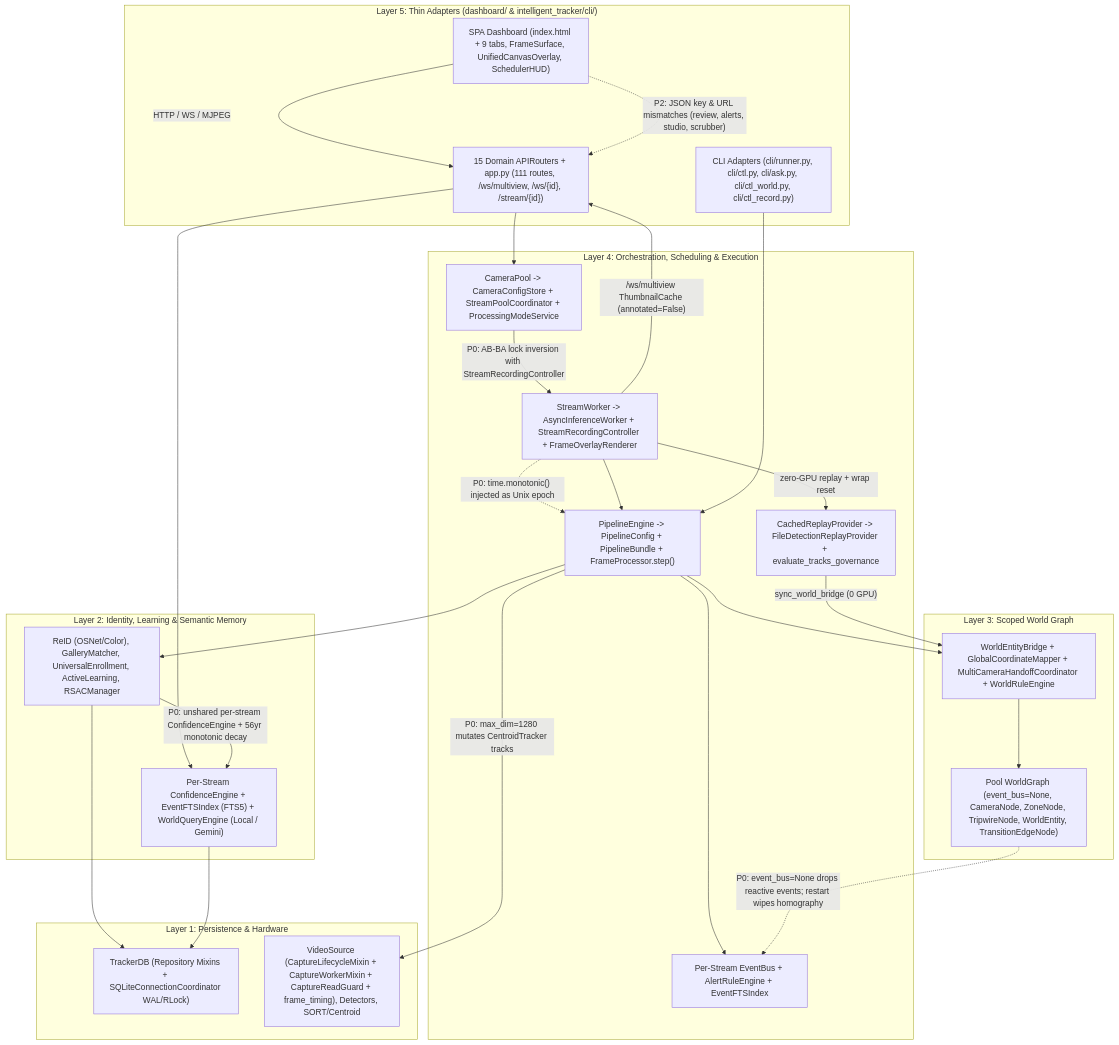
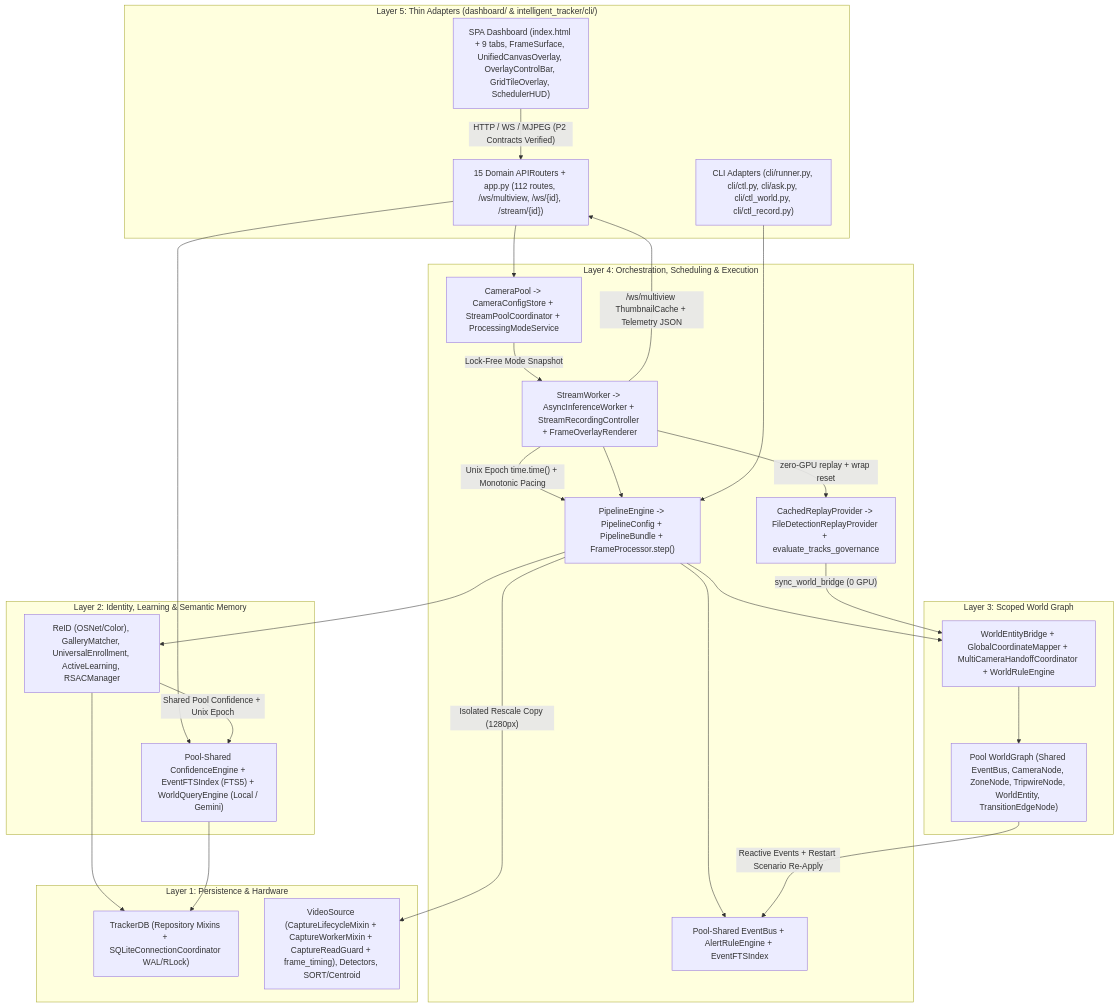
The diagram in docs/architecture/CURRENT_ARCHITECTURE.md (davtoh/intelligent-tracker), drawn with Mermaid before and after one commit. The commit also changed other lines of this file and 13 other files, not shown here.

Commit message:
feat(step-4-p2-frontend-contracts-and-multiview-ai): 9-tab headless cdp verification docs refresh final master roadmap sign-off

````diff
--- a/docs/architecture/CURRENT_ARCHITECTURE.md
+++ b/docs/architecture/CURRENT_ARCHITECTURE.md
@@ -41,52 +41,51 @@
 ```mermaid
 flowchart TD
     subgraph L5["Layer 5: Thin Adapters (dashboard/ & intelligent_tracker/cli/)"]
-        SPA["SPA Dashboard (index.html + 9 tabs, FrameSurface, UnifiedCanvasOverlay, SchedulerHUD)"]
-        Routers["15 Domain APIRouters + app.py (111 routes, /ws/multiview, /ws/{id}, /stream/{id})"]
+        SPA["SPA Dashboard (index.html + 9 tabs, FrameSurface, UnifiedCanvasOverlay, OverlayControlBar, GridTileOverlay, SchedulerHUD)"]
+        Routers["15 Domain APIRouters + app.py (112 routes, /ws/multiview, /ws/{id}, /stream/{id})"]
         CLI["CLI Adapters (cli/runner.py, cli/ctl.py, cli/ask.py, cli/ctl_world.py, cli/ctl_record.py)"]
     end
 
     subgraph L4["Layer 4: Orchestration, Scheduling & Execution"]
         Pool["CameraPool -> CameraConfigStore + StreamPoolCoordinator + ProcessingModeService"]
         SW["StreamWorker -> AsyncInferenceWorker + StreamRecordingController + FrameOverlayRenderer"]
         Replay["CachedReplayProvider -> FileDetectionReplayProvider + evaluate_tracks_governance"]
         PE["PipelineEngine -> PipelineConfig + PipelineBundle + FrameProcessor.step()"]
-        Bus["Per-Stream EventBus + AlertRuleEngine + EventFTSIndex"]
+        Bus["Pool-Shared EventBus + AlertRuleEngine + EventFTSIndex"]
     end
 
     subgraph L3["Layer 3: Scoped World Graph"]
-        WG["Pool WorldGraph (event_bus=None, CameraNode, ZoneNode, TripwireNode, WorldEntity, TransitionEdgeNode)"]
+        WG["Pool WorldGraph (Shared EventBus, CameraNode, ZoneNode, TripwireNode, WorldEntity, TransitionEdgeNode)"]
         Bridge["WorldEntityBridge + GlobalCoordinateMapper + MultiCameraHandoffCoordinator + WorldRuleEngine"]
     end
 
     subgraph L2["Layer 2: Identity, Learning & Semantic Memory"]
         ID["ReID (OSNet/Color), GalleryMatcher, UniversalEnrollment, ActiveLearning, RSACManager"]
-        Mem["Per-Stream ConfidenceEngine + EventFTSIndex (FTS5) + WorldQueryEngine (Local / Gemini)"]
+        Mem["Pool-Shared ConfidenceEngine + EventFTSIndex (FTS5) + WorldQueryEngine (Local / Gemini)"]
     end
 
     subgraph L1["Layer 1: Persistence & Hardware"]
         DB["TrackerDB (Repository Mixins + SQLiteConnectionCoordinator WAL/RLock)"]
         CV["VideoSource (CaptureLifecycleMixin + CaptureWorkerMixin + CaptureReadGuard + frame_timing), Detectors, SORT/Centroid"]
     end
 
-    SPA -->|"HTTP / WS / MJPEG"| Routers
-    SPA -.->|"P2: JSON key & URL mismatches (review, alerts, studio, scrubber)"| Routers
+    SPA -->|"HTTP / WS / MJPEG (P2 Contracts Verified)"| Routers
     Routers --> Pool
     Routers --> Mem
-    Pool -->|"P0: AB-BA lock inversion with StreamRecordingController"| SW
-    SW -->|"/ws/multiview ThumbnailCache (annotated=False)"| Routers
-    SW -.->|"P0: time.monotonic() injected as Unix epoch"| PE
+    Pool -->|"Lock-Free Mode Snapshot"| SW
+    SW -->|"/ws/multiview ThumbnailCache + Telemetry JSON"| Routers
+    SW -->|"Unix Epoch time.time() + Monotonic Pacing"| PE
     SW -->|"zero-GPU replay + wrap reset"| Replay
     SW --> PE
     CLI --> PE
-    PE -->|"P0: max_dim=1280 mutates CentroidTracker tracks"| CV
+    PE -->|"Isolated Rescale Copy (1280px)"| CV
     PE --> Bus
     PE --> Bridge
     Replay -->|"sync_world_bridge (0 GPU)"| Bridge
     Bridge --> WG
-    WG -.->|"P0: event_bus=None drops reactive events; restart wipes homography"| Bus
+    WG -->|"Reactive Events + Restart Scenario Re-Apply"| Bus
     PE --> ID
-    ID -->|"P0: unshared per-stream ConfidenceEngine + 56yr monotonic decay"| Mem
+    ID -->|"Shared Pool Confidence + Unix Epoch"| Mem
     ID --> DB
     Mem --> DB
 ```
````
